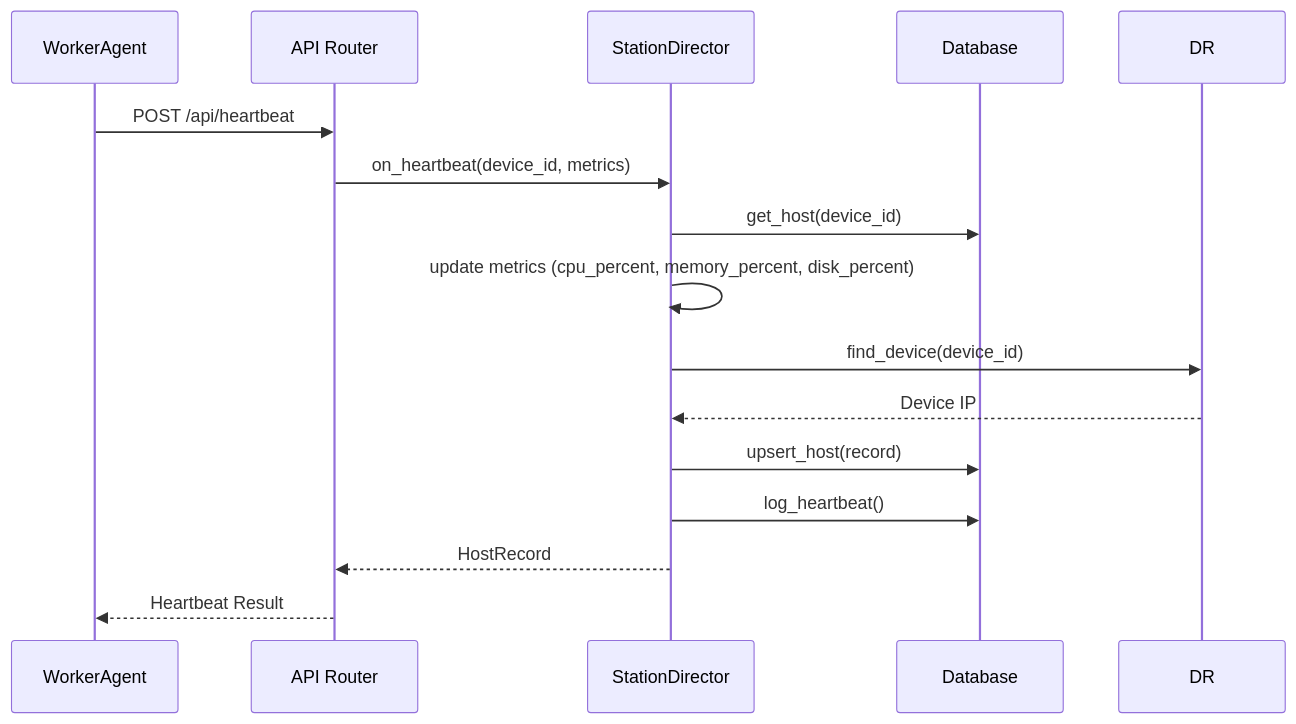
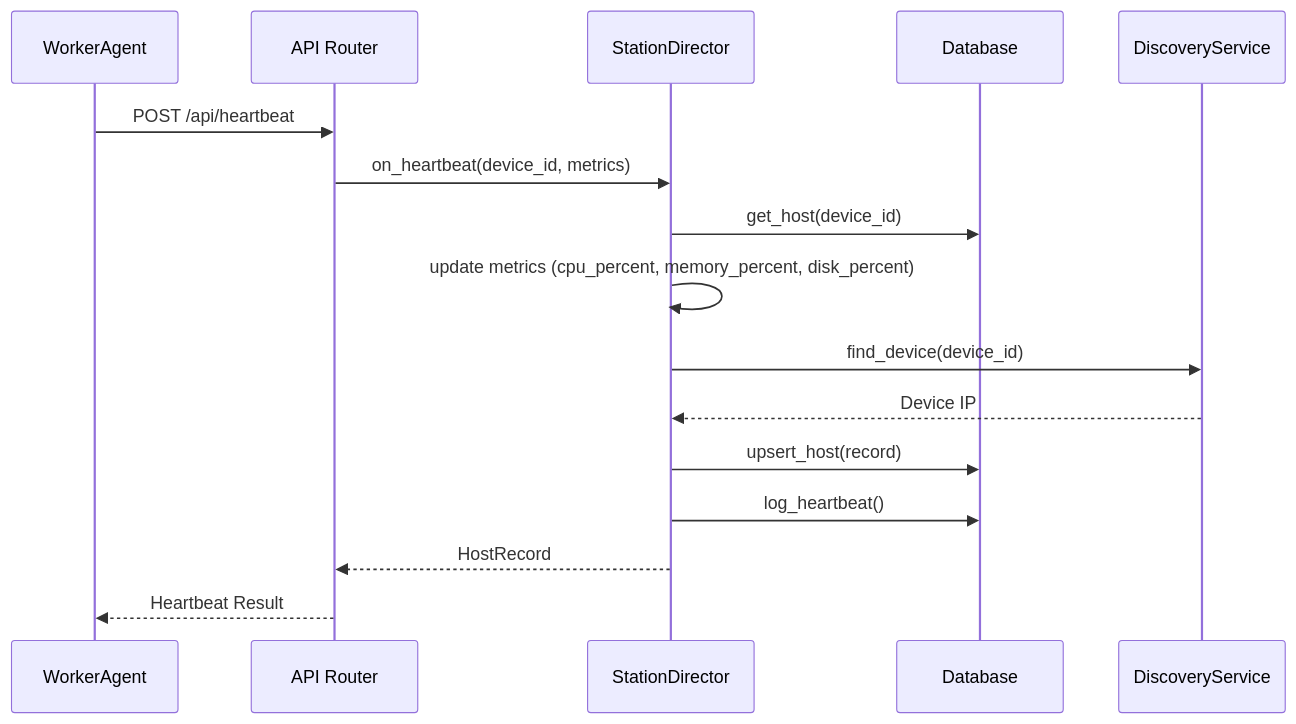
Before and after one commit to targalian/Personal-distributed-workstation: diagram 12 of 18 in .qoder/repowiki/zh/content/核心模块/设备发现系统.md, drawn with Mermaid. The commit also changed other lines of this file and 69 other files, not shown here.

````diff
--- a/.qoder/repowiki/zh/content/核心模块/设备发现系统.md
+++ b/.qoder/repowiki/zh/content/核心模块/设备发现系统.md
@@ -612,17 +619,18 @@
 ```mermaid
 sequenceDiagram
 participant Worker as WorkerAgent
 participant API as API Router
 participant SD as StationDirector
 participant DB as Database
+participant DS as DiscoveryService
 Worker->>API : POST /api/heartbeat
 API->>SD : on_heartbeat(device_id, metrics)
 SD->>DB : get_host(device_id)
 SD->>SD : update metrics (cpu_percent, memory_percent, disk_percent)
-SD->>DR : find_device(device_id)
-DR-->>SD : Device IP
+SD->>DS : find_device(device_id)
+DS-->>SD : Device IP
 SD->>DB : upsert_host(record)
 SD->>DB : log_heartbeat()
 SD-->>API : HostRecord
 API-->>Worker : Heartbeat Result
 ```
````
